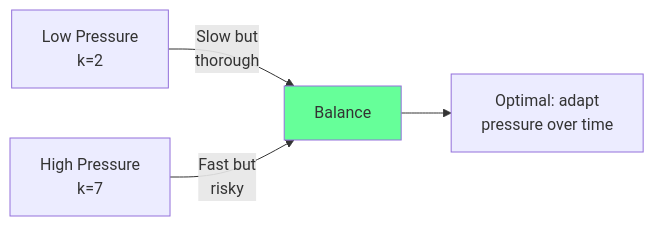
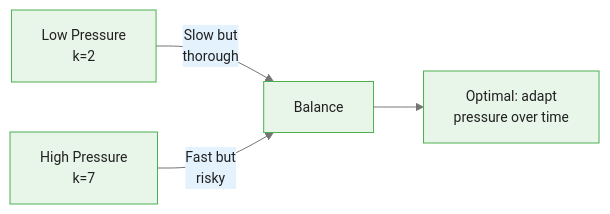
Before and after one commit to m-deane/course-creator: the first of 4 diagrams in courses/genetic-algorithms-feature-selection/modules/module_01_ga_fundamentals/guides/02_selection_slides.md, drawn with Mermaid. The commit also changed other lines of this file and 52 other files, not shown here.

````diff
--- a/courses/genetic-algorithms-feature-selection/modules/module_01_ga_fundamentals/guides/02_selection_slides.md
+++ b/courses/genetic-algorithms-feature-selection/modules/module_01_ga_fundamentals/guides/02_selection_slides.md
@@ -30,7 +30,7 @@
 ```mermaid
+%%{init: {"theme": "base", "themeVariables": {"primaryColor": "#e8f5e9", "primaryBorderColor": "#4caf50", "primaryTextColor": "#212121", "secondaryColor": "#e3f2fd", "tertiaryColor": "#fff8e1", "lineColor": "#757575", "fontFamily": "Inter, sans-serif", "fontSize": "14px"}}}%%
 graph LR
     A["Low Pressure<br/>k=2"] -->|"Slow but<br/>thorough"| C["Balance"]
     B["High Pressure<br/>k=7"] -->|"Fast but<br/>risky"| C
     C --> D["Optimal: adapt<br/>pressure over time"]
-    style C fill:#6f9
 ```
````
